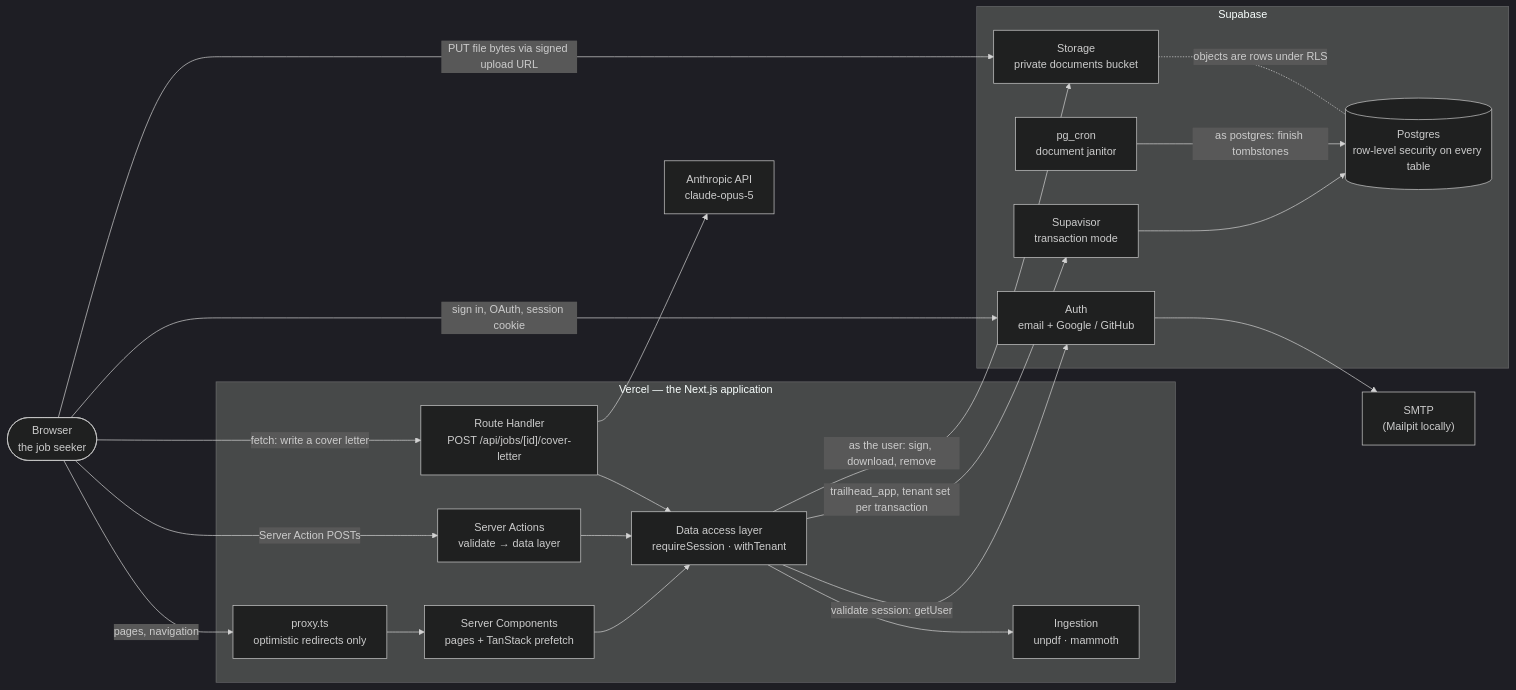
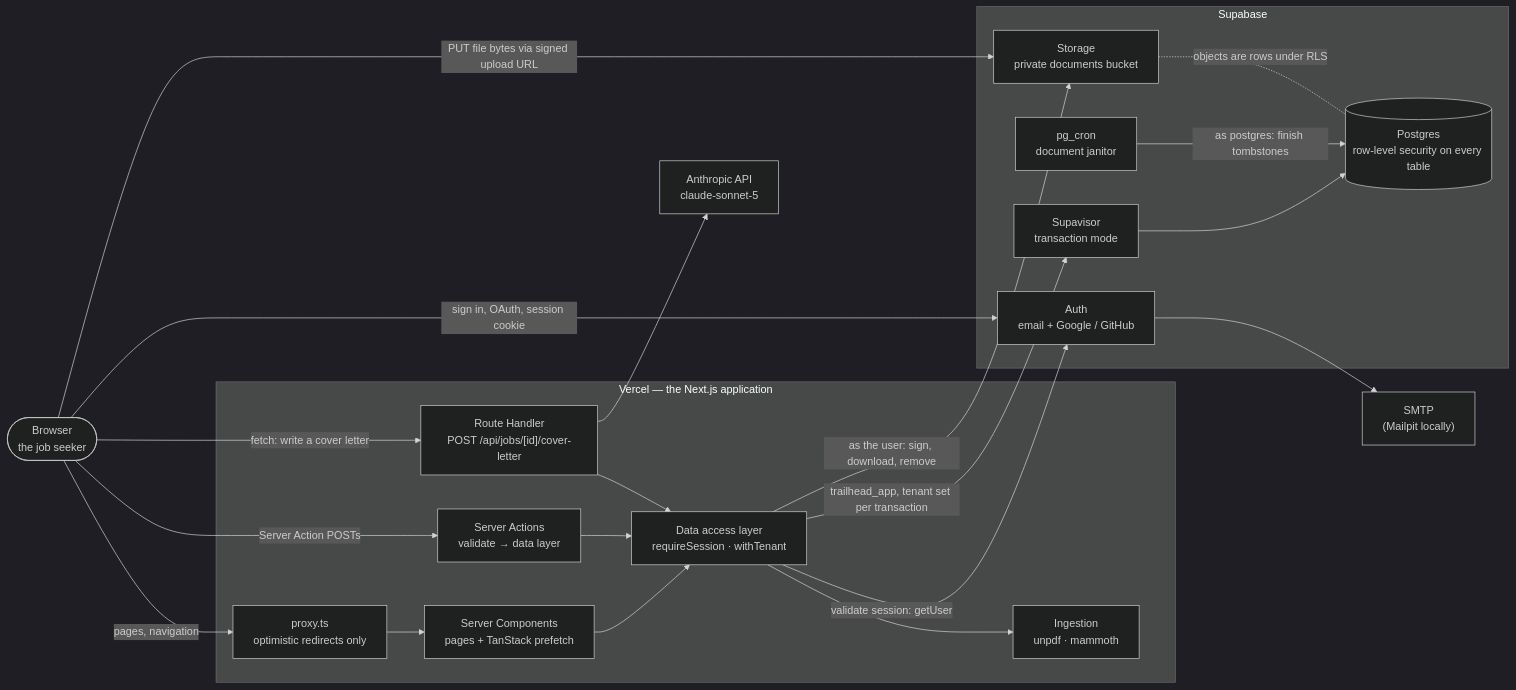
Before and after one commit to craigblunden/trailhead: the first of 6 diagrams in docs/architecture.md, drawn with Mermaid (dark theme). The commit also changed other lines of this file and 6 other files, not shown here.

````diff
--- a/docs/architecture.md
+++ b/docs/architecture.md
@@ -13,42 +13,42 @@
 ```mermaid
 flowchart LR
   browser(["Browser<br/>the job seeker"])
 
   subgraph vercel["Vercel — the Next.js application"]
     proxy["proxy.ts<br/>optimistic redirects only"]
     pages["Server Components<br/>pages + TanStack prefetch"]
     actions["Server Actions<br/>validate → data layer"]
     route["Route Handler<br/>POST /api/jobs/[id]/cover-letter"]
     dal["Data access layer<br/>requireSession · withTenant"]
     ingest["Ingestion<br/>unpdf · mammoth"]
   end
 
   subgraph supabase["Supabase"]
     auth["Auth<br/>email + Google / GitHub"]
     pooler["Supavisor<br/>transaction mode"]
     pg[("Postgres<br/>row-level security on every table")]
     storage["Storage<br/>private documents bucket"]
     cron["pg_cron<br/>document janitor"]
   end
 
-  anthropic["Anthropic API<br/>claude-opus-5"]
+  anthropic["Anthropic API<br/>claude-sonnet-5"]
   smtp["SMTP<br/>(Mailpit locally)"]
 
   browser -->|"pages, navigation"| proxy --> pages
   browser -->|"Server Action POSTs"| actions
   browser -->|"fetch: write a cover letter"| route
   browser -->|"sign in, OAuth, session cookie"| auth
   browser -->|"PUT file bytes via signed upload URL"| storage
 
   pages --> dal
   actions --> dal
   route --> dal
   route --> anthropic
   dal -->|"validate session: getUser"| auth
   dal -->|"trailhead_app, tenant set per transaction"| pooler --> pg
   dal -->|"as the user: sign, download, remove"| storage
   dal --> ingest
   auth --> smtp
   cron -->|"as postgres: finish tombstones"| pg
   storage -. "objects are rows under RLS" .- pg
 ```
````
